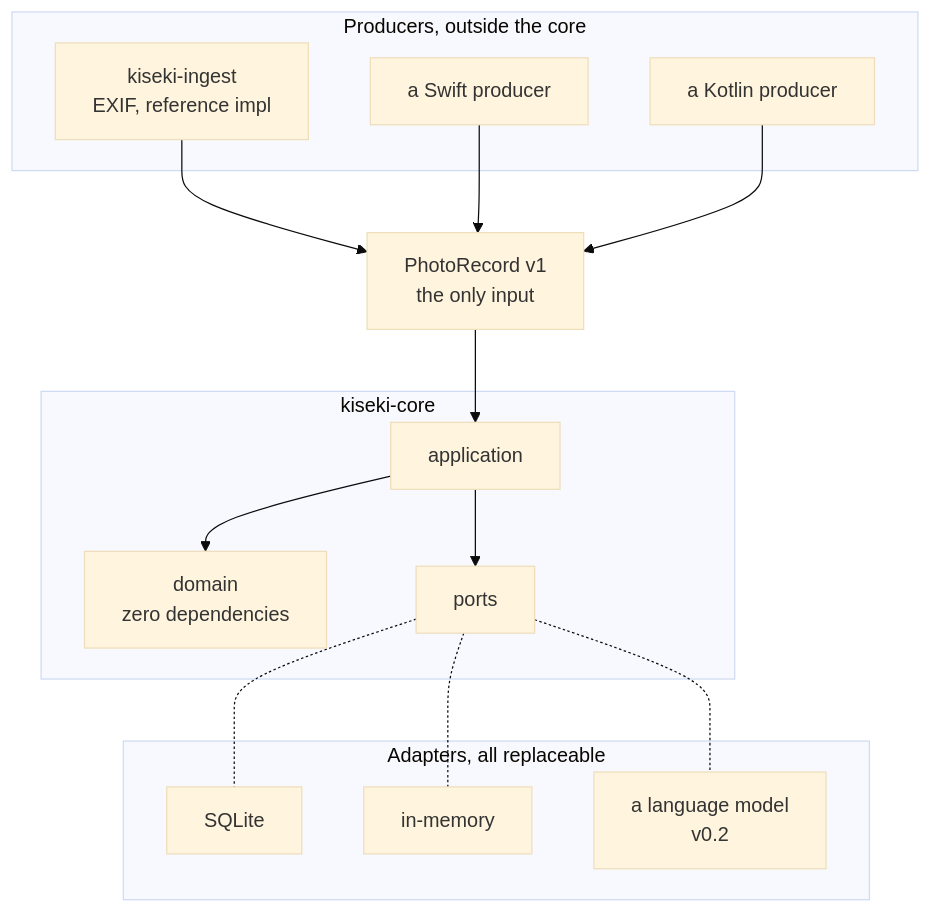
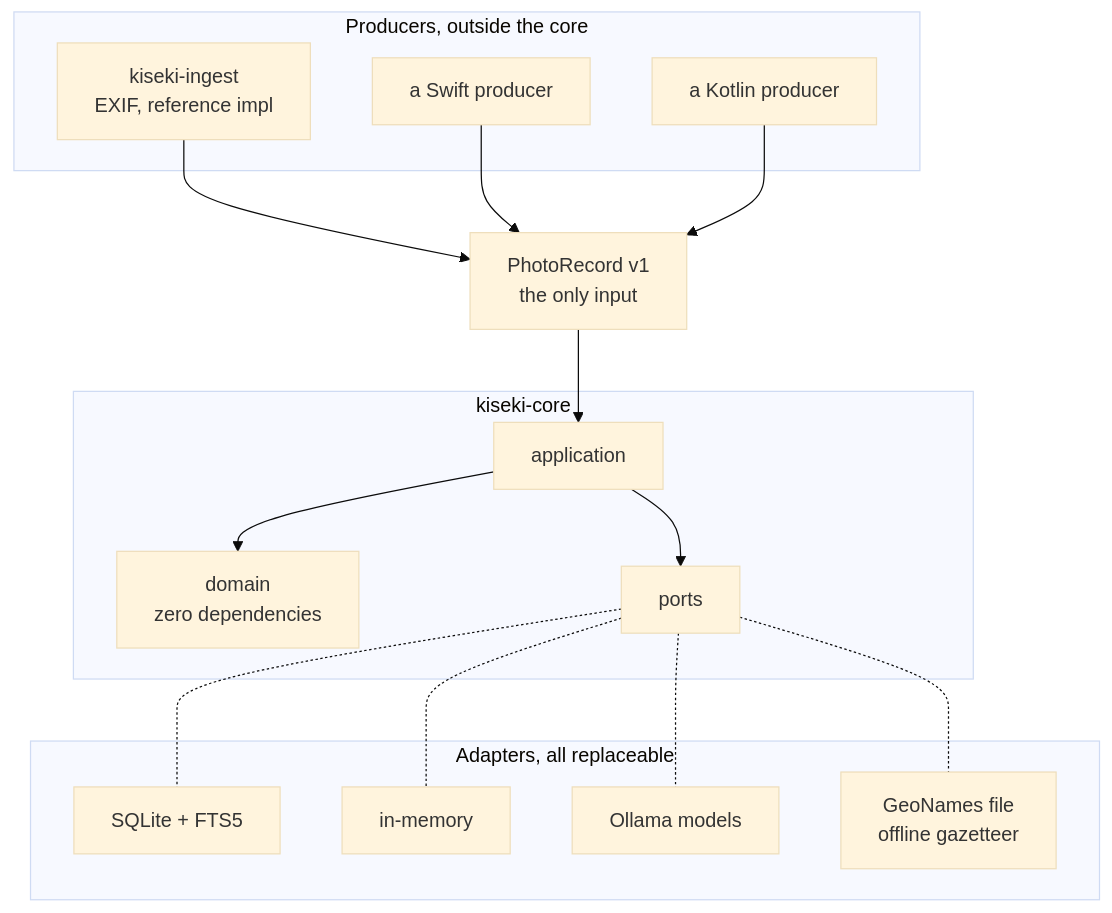
One commit to Nananananana/kiseki changed the third of 4 diagrams in README.md. Above: the diagram before and after it, drawn with Mermaid (base theme). The commit also changed other lines of this file and 5 other files, not shown here.

````diff
--- a/README.md
+++ b/README.md
@@ -94,28 +145,30 @@
 ```mermaid
 flowchart TB
     subgraph outside["Producers, outside the core"]
         I["kiseki-ingest<br/>EXIF, reference impl"]
         SW["a Swift producer"]
         KT["a Kotlin producer"]
     end
     C["PhotoRecord v1<br/>the only input"]
     subgraph core["kiseki-core"]
         AP["application"]
         D["domain<br/>zero dependencies"]
         PO["ports"]
     end
     subgraph adapters["Adapters, all replaceable"]
-        SQ["SQLite"]
+        SQ["SQLite + FTS5"]
         ME["in-memory"]
-        LLM["a language model<br/>v0.2"]
+        LLM["Ollama models"]
+        GZ["GeoNames file<br/>offline gazetteer"]
     end
     I --> C
     SW --> C
     KT --> C
     C --> AP
     AP --> D
     AP --> PO
     PO -.- SQ
     PO -.- ME
     PO -.- LLM
+    PO -.- GZ
 ```
````
